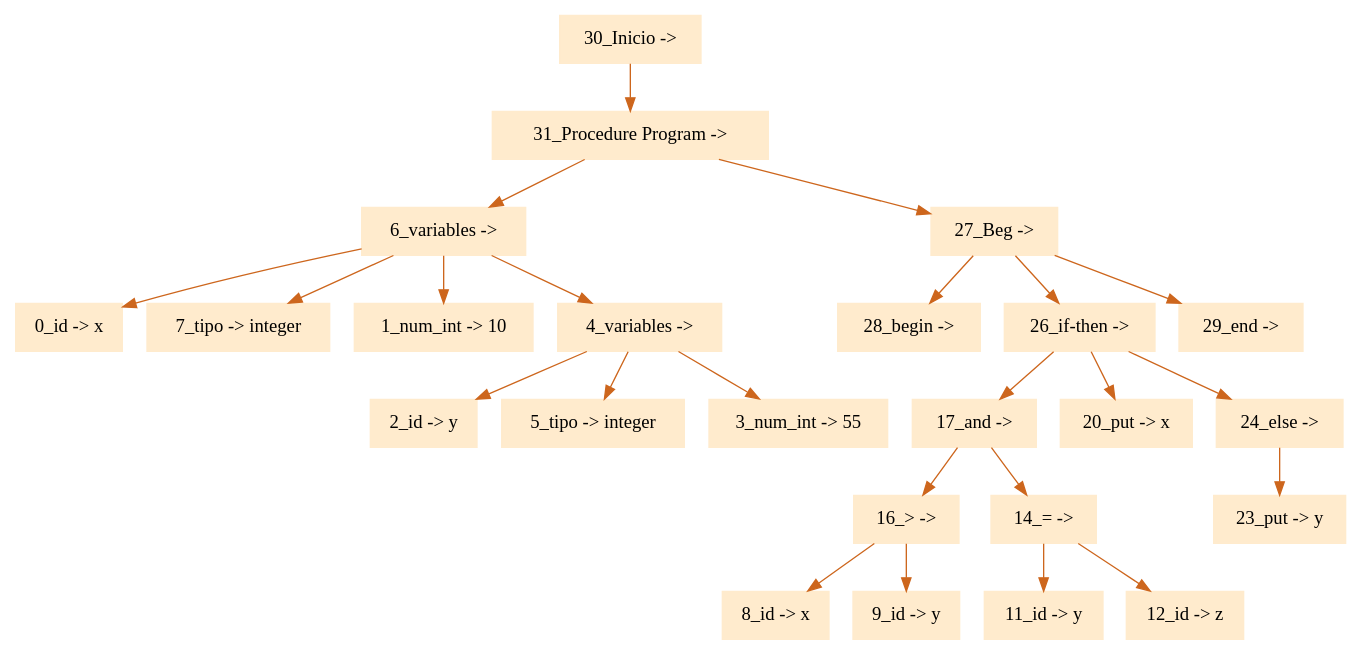
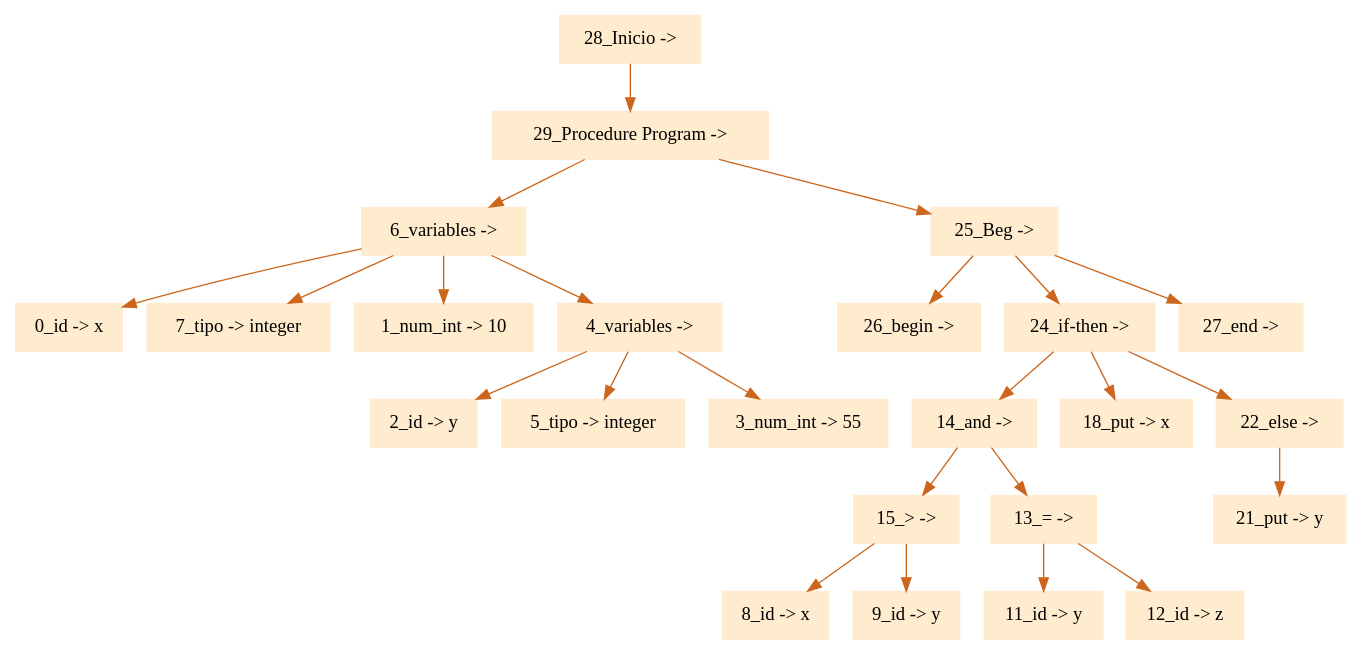
Before and after one commit to eliasgz97/Proyecto_Compiladores: the diagram in ProyectoCompiladores/arbol.dot, drawn with Graphviz. The commit also changed 5 other files, not shown here.

```diff
--- a/ProyectoCompiladores/arbol.dot
+++ b/ProyectoCompiladores/arbol.dot
@@ -1,28 +1,28 @@
 digraph G {node[shape=box, style=filled, color=blanchedalmond]; edge[color=chocolate3];rankdir=UD 
 
-"30_Inicio -> "->"31_Procedure Program -> "
-"31_Procedure Program -> "->"6_variables -> "
+"28_Inicio -> "->"29_Procedure Program -> "
+"29_Procedure Program -> "->"6_variables -> "
 "6_variables -> "->"0_id -> x"
 "6_variables -> "->"7_tipo -> integer"
 "6_variables -> "->"1_num_int -> 10"
 "6_variables -> "->"4_variables -> "
 "4_variables -> "->"2_id -> y"
 "4_variables -> "->"5_tipo -> integer"
 "4_variables -> "->"3_num_int -> 55"
-"31_Procedure Program -> "->"27_Beg -> "
-"27_Beg -> "->"28_begin -> "
-"27_Beg -> "->"26_if-then -> "
-"26_if-then -> "->"17_and -> "
-"17_and -> "->"16_> -> "
-"16_> -> "->"8_id -> x"
-"16_> -> "->"9_id -> y"
-"17_and -> "->"14_= -> "
-"14_= -> "->"11_id -> y"
-"14_= -> "->"12_id -> z"
-"26_if-then -> "->"20_put -> x"
-"26_if-then -> "->"24_else -> "
-"24_else -> "->"23_put -> y"
-"27_Beg -> "->"29_end -> "
+"29_Procedure Program -> "->"25_Beg -> "
+"25_Beg -> "->"26_begin -> "
+"25_Beg -> "->"24_if-then -> "
+"24_if-then -> "->"14_and -> "
+"14_and -> "->"15_> -> "
+"15_> -> "->"8_id -> x"
+"15_> -> "->"9_id -> y"
+"14_and -> "->"13_= -> "
+"13_= -> "->"11_id -> y"
+"13_= -> "->"12_id -> z"
+"24_if-then -> "->"18_put -> x"
+"24_if-then -> "->"22_else -> "
+"22_else -> "->"21_put -> y"
+"25_Beg -> "->"27_end -> "
 
 
 }
```
